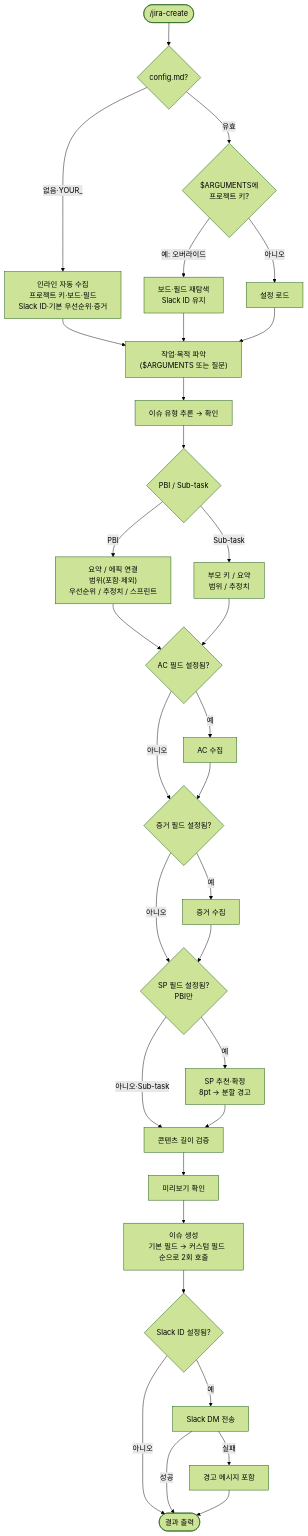
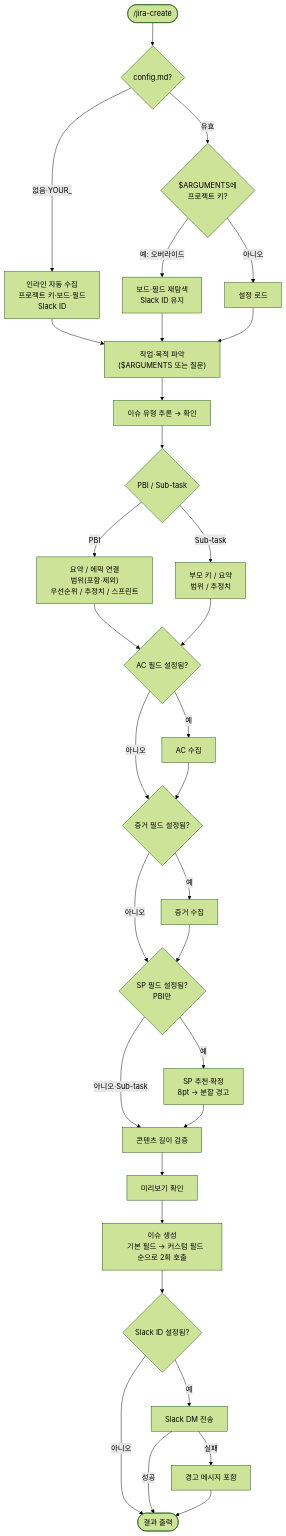
The first of 3 diagrams in jira-create/README.md (Park-Seung-Hun/atlassian-skills), drawn with Mermaid (forest theme) before and after one commit. The commit also changed other lines of this file and 3 other files, not shown here.

````diff
--- a/jira-create/README.md
+++ b/jira-create/README.md
@@ -42,41 +42,41 @@
 ```mermaid
 flowchart TD
     A(["/jira-create"]) --> B{config.md?}
     B -- 없음·YOUR_ --> C["인라인 자동 수집
     프로젝트 키·보드·필드
-    Slack ID·기본 우선순위·증거"]
+    Slack ID"]
     B -- 유효 --> D{"$ARGUMENTS에
     프로젝트 키?"}
     D -- 예: 오버라이드 --> E[보드·필드 재탐색\nSlack ID 유지]
     D -- 아니오 --> F[설정 로드]
     C & E & F --> G["작업·목적 파악
     ($ARGUMENTS 또는 질문)"]
     G --> H[이슈 유형 추론 → 확인]
     H --> I{PBI / Sub-task}
     I -- PBI --> J["요약 / 에픽 연결
     범위(포함·제외)
     우선순위 / 추정치 / 스프린트"]
     I -- Sub-task --> K["부모 키 / 요약
     범위 / 추정치"]
     J & K --> L{AC 필드 설정됨?}
     L -- 예 --> M[AC 수집]
     L -- 아니오 --> N{증거 필드 설정됨?}
     M --> N
     N -- 예 --> O[증거 수집]
     N -- 아니오 --> P{"SP 필드 설정됨?
     PBI만"}
     O --> P
     P -- 예 --> Q["SP 추천·확정
     8pt → 분할 경고"]
     P -- 아니오·Sub-task --> R[콘텐츠 길이 검증]
     Q --> R
     R --> S[미리보기 확인]
     S --> T["이슈 생성
     기본 필드 → 커스텀 필드 순으로 2회 호출"]
     T --> U{Slack ID 설정됨?}
     U -- 아니오 --> V([결과 출력])
     U -- 예 --> W[Slack DM 전송]
     W -- 성공 --> V
     W -- 실패 --> X["경고 메시지 포함"]
     X --> V
 ```
````
